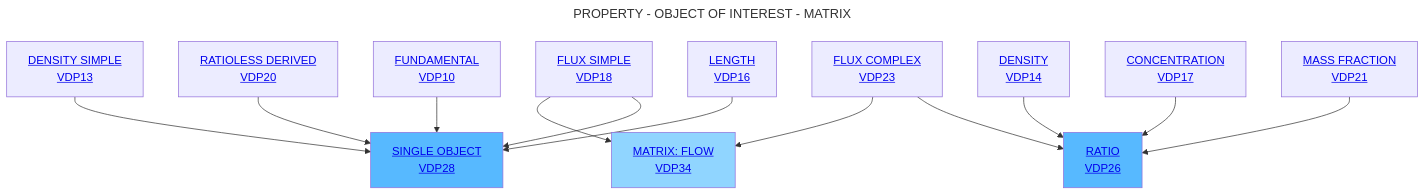
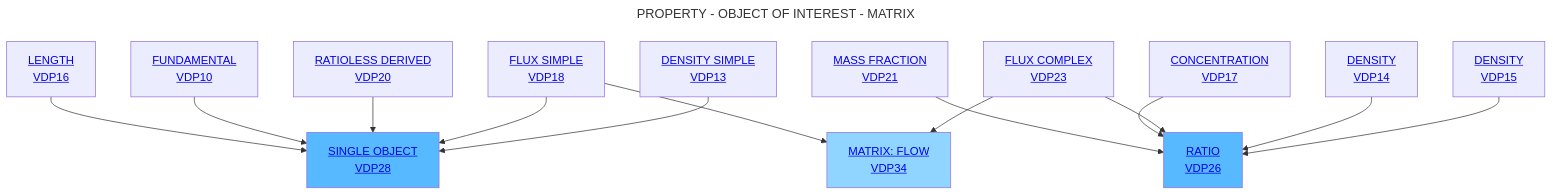
Before and after one commit to mabablue/I-ADOPT-patterns-playground: the diagram in Decisition_trees/DT6.mmd, drawn with Mermaid.

```diff
--- a/Decisition_trees/DT6.mmd
+++ b/Decisition_trees/DT6.mmd
@@ -1,18 +1,19 @@
 ---
 title: PROPERTY - OBJECT OF INTEREST - MATRIX
 ---
 flowchart TD
     A[<a href='https://github.com/mabablue/I-ADOPT-patterns-playground/blob/main/pattern/VDP16.yaml'>LENGTH <br> VDP16</a>] --> C[<a href='https://github.com/mabablue/I-ADOPT-patterns-playground/blob/main/pattern/VDP28.yaml'>SINGLE OBJECT <br> VDP28</a>]:::satblue
     B[<a href='https://github.com/mabablue/I-ADOPT-patterns-playground/blob/main/pattern/VDP10.yaml'>FUNDAMENTAL <br> VDP10</a>]  --> C
     D[<a href='https://github.com/mabablue/I-ADOPT-patterns-playground/blob/main/pattern/VDP20.yaml'>RATIOLESS DERIVED <br> VDP20</a>] --> C
     L[<a href='https://github.com/mabablue/I-ADOPT-patterns-playground/blob/main/pattern/VDP21.yaml'>MASS FRACTION <br> VDP21</a>] --> F[<a href='https://github.com/mabablue/I-ADOPT-patterns-playground/blob/main/pattern/VDP26.yaml'>RATIO <br> VDP26</a>]:::satblue
     M[<a href='https://github.com/mabablue/I-ADOPT-patterns-playground/blob/main/pattern/VDP17.yaml'>CONCENTRATION <br> VDP17</a>] --> F
     H[<a href='https://github.com/mabablue/I-ADOPT-patterns-playground/blob/main/pattern/VDP18.yaml'>FLUX SIMPLE <br> VDP18</a>] --> C
     I[<a href='https://github.com/mabablue/I-ADOPT-patterns-playground/blob/main/pattern/VDP23.yaml'>FLUX COMPLEX <br> VDP23</a>] --> F
-    N[<a href='https://github.com/mabablue/I-ADOPT-patterns-playground/blob/main/pattern/VDP23.yaml'>DENSITY SIMPLE <br> VDP13</a>] --> C
-    O[<a href='https://github.com/mabablue/I-ADOPT-patterns-playground/blob/main/pattern/VDP23.yaml'>DENSITY <br> VDP14</a>] --> F
+    N[<a href='https://github.com/mabablue/I-ADOPT-patterns-playground/blob/main/pattern/VDP13.yaml'>DENSITY SIMPLE <br> VDP13</a>] --> C
+    O[<a href='https://github.com/mabablue/I-ADOPT-patterns-playground/blob/main/pattern/VDP14.yaml'>DENSITY <br> VDP14</a>] --> F
+    P[<a href='https://github.com/mabablue/I-ADOPT-patterns-playground/blob/main/pattern/VDP15.yaml'>DENSITY <br> VDP15</a>] --> F
     H --> K[<a href='https://github.com/mabablue/I-ADOPT-patterns-playground/blob/main/pattern/VDP34.yaml'>MATRIX: FLOW <br> VDP34</a>]:::blue
     I --> K
 
    classDef blue fill:#90D5FF
    classDef satblue fill:#57B9FF
```
